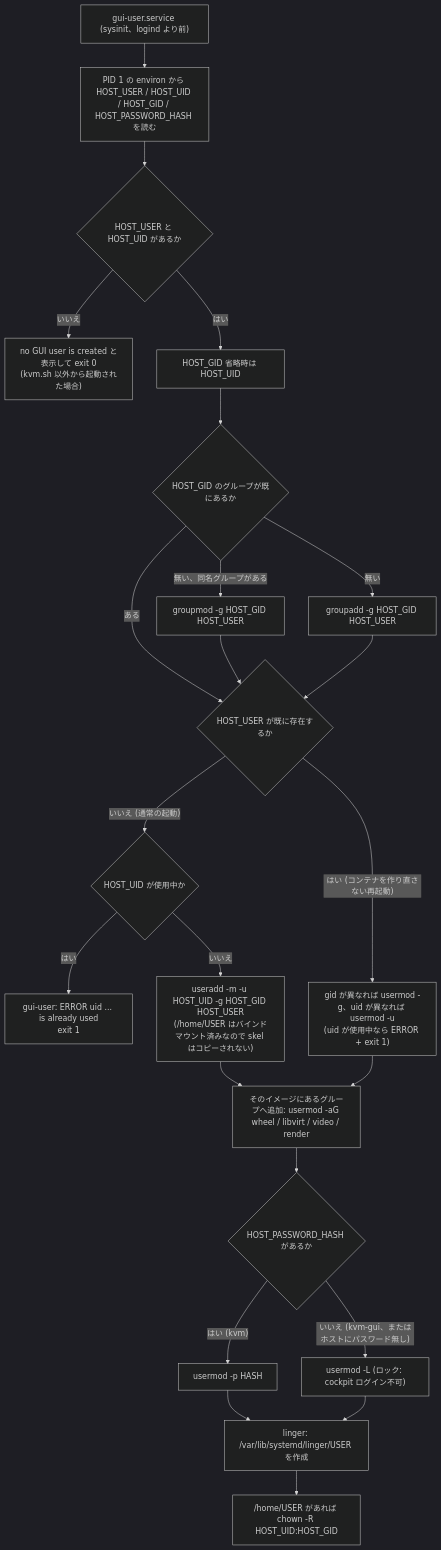
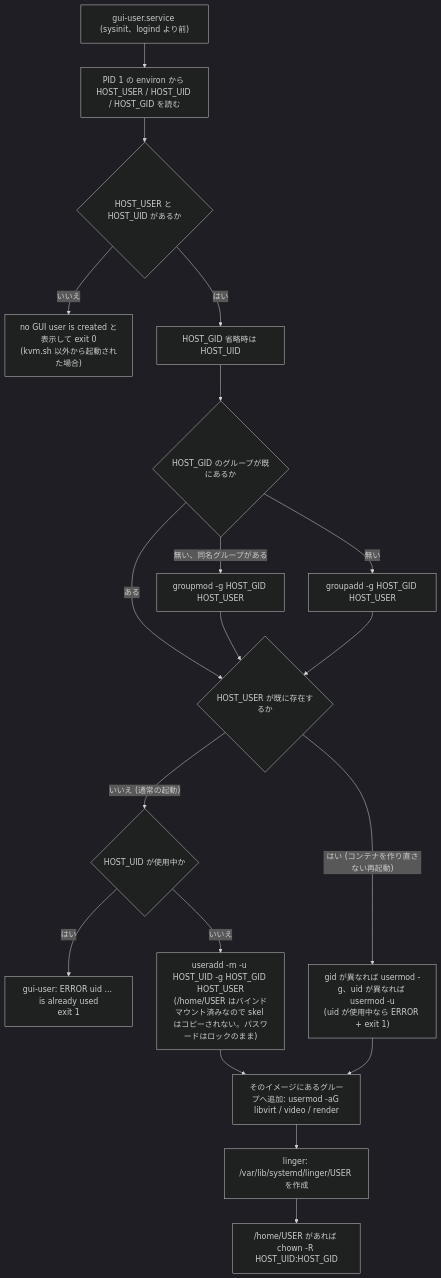
Before and after one commit to ryo-aoki-pc/kvm-container: diagram 19 of 22 in docs/SPEC.md, drawn with Mermaid (dark theme). The commit also changed other lines of this file and 11 other files, not shown here.

````diff
--- a/docs/SPEC.md
+++ b/docs/SPEC.md
@@ -899,20 +857,18 @@
 ```mermaid
 flowchart TD
-  s["gui-user.service (sysinit、logind より前)"] --> r["PID 1 の environ から HOST_USER / HOST_UID / HOST_GID / HOST_PASSWORD_HASH を読む"]
+  s["gui-user.service (sysinit、logind より前)"] --> r["PID 1 の environ から HOST_USER / HOST_UID / HOST_GID を読む"]
   r --> a{"HOST_USER と HOST_UID があるか"}
   a -->|"いいえ"| a1["no GUI user is created と表示して exit 0<br/>(kvm.sh 以外から起動された場合)"]
   a -->|"はい"| b["HOST_GID 省略時は HOST_UID"]
   b --> c{"HOST_GID のグループが既にあるか"}
   c -->|"ある"| e
   c -->|"無い、同名グループがある"| c1["groupmod -g HOST_GID HOST_USER"] --> e
   c -->|"無い"| c2["groupadd -g HOST_GID HOST_USER"] --> e
   e{"HOST_USER が既に存在するか"}
   e -->|"いいえ (通常の起動)"| f{"HOST_UID が使用中か"}
   f -->|"はい"| f1["gui-user: ERROR uid ... is already used<br/>exit 1"]
-  f -->|"いいえ"| f2["useradd -m -u HOST_UID -g HOST_GID HOST_USER<br/>(/home/USER はバインドマウント済みなので skel はコピーされない)"] --> h
+  f -->|"いいえ"| f2["useradd -m -u HOST_UID -g HOST_GID HOST_USER<br/>(/home/USER はバインドマウント済みなので skel はコピーされない。パスワードはロックのまま)"] --> h
   e -->|"はい (コンテナを作り直さない再起動)"| g["gid が異なれば usermod -g、uid が異なれば usermod -u<br/>(uid が使用中なら ERROR + exit 1)"] --> h
-  h["そのイメージにあるグループへ追加: usermod -aG wheel / libvirt / video / render"] --> i{"HOST_PASSWORD_HASH があるか"}
-  i -->|"はい (kvm)"| i1["usermod -p HASH"] --> k
-  i -->|"いいえ (kvm-gui、またはホストにパスワード無し)"| i2["usermod -L (ロック: cockpit ログイン不可)"] --> k
+  h["そのイメージにあるグループへ追加: usermod -aG libvirt / video / render"] --> k
   k["linger: /var/lib/systemd/linger/USER を作成"] --> l["/home/USER があれば chown -R HOST_UID:HOST_GID"]
 ```
````
